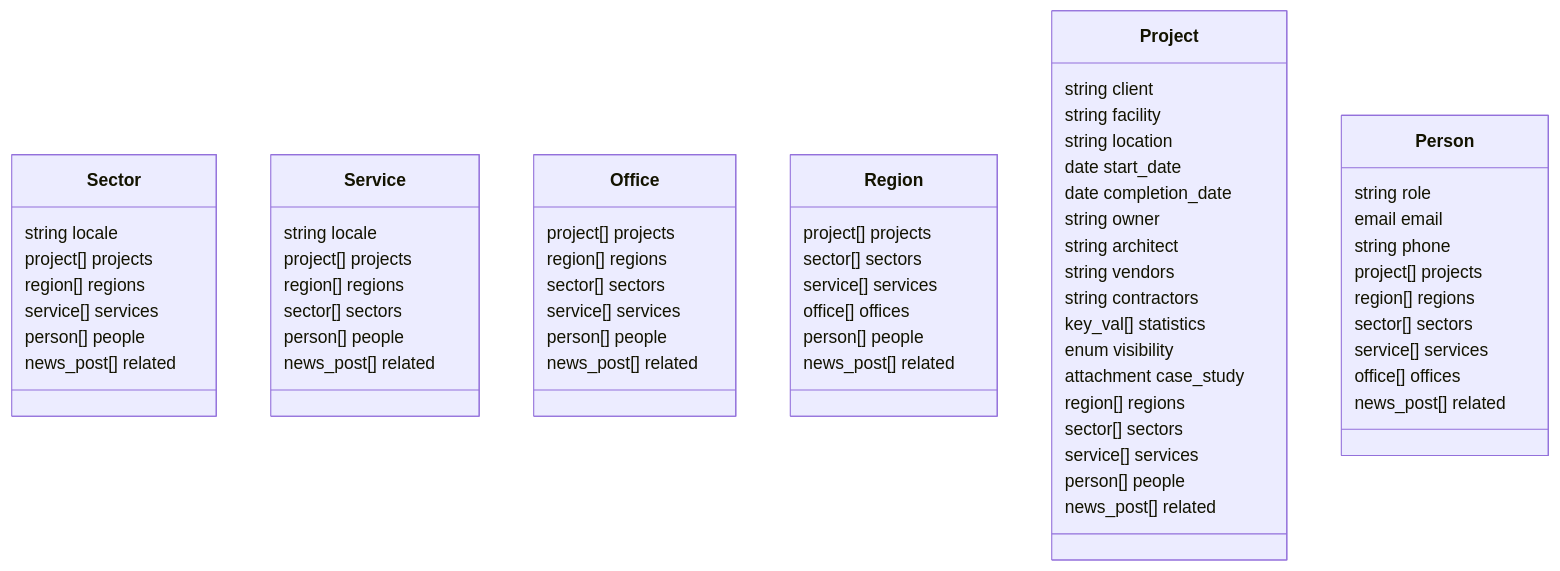
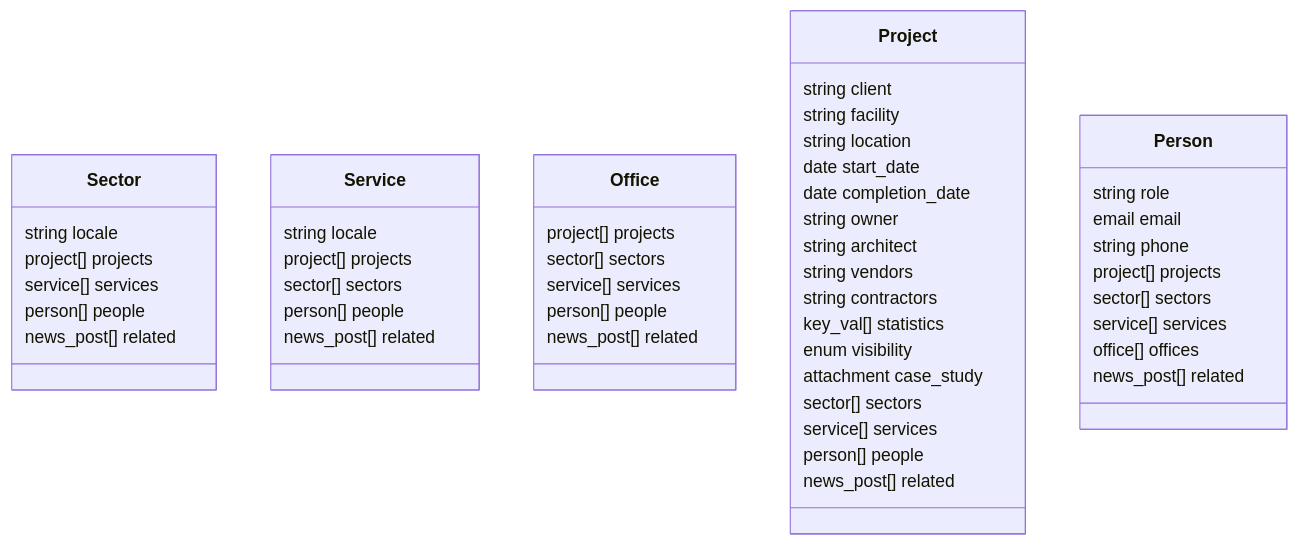
Before and after one commit to autogram-is/cg-web: the first of 3 diagrams in CONTENT.md, drawn with Mermaid. The commit also changed other lines of this file and 5 other files, not shown here.

````diff
--- a/CONTENT.md
+++ b/CONTENT.md
@@ -5,79 +5,64 @@
 ```mermaid
 classDiagram
     class Sector {
         string locale
         project[] projects
-        region[] regions
         service[] services
         person[] people
 
         news_post[] related
     }
 
     class Service {
         string locale
         project[] projects
-        region[] regions
         sector[] sectors
         person[] people
 
         news_post[] related
     }
 
     class Office {
         project[] projects
-        region[] regions
         sector[] sectors
         service[] services
-        person[] people
-
-        news_post[] related
-    }
-
-    class Region {
-        project[] projects
-        sector[] sectors
-        service[] services
-        office[] offices
         person[] people
 
         news_post[] related
     }
 
     class Project {
         string client
         string facility
         string location
         date start_date
         date completion_date
         string owner
         string architect
         string vendors
         string contractors
 
         key_val[] statistics
 
         enum visibility
         attachment case_study
 
-        region[] regions
         sector[] sectors
         service[] services
         person[] people
 
         news_post[] related
     }
 
     class Person {
         string role
         email email
         string phone
         project[] projects
-        region[] regions
         sector[] sectors
         service[] services
         office[] offices
 
         news_post[] related
     }
 ```
````
